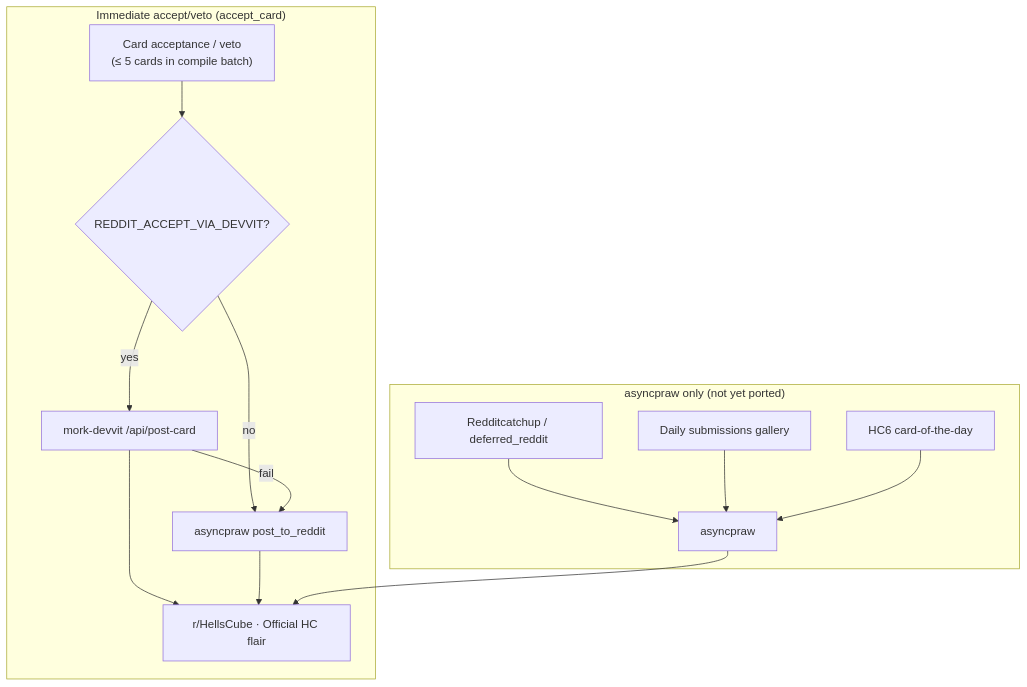
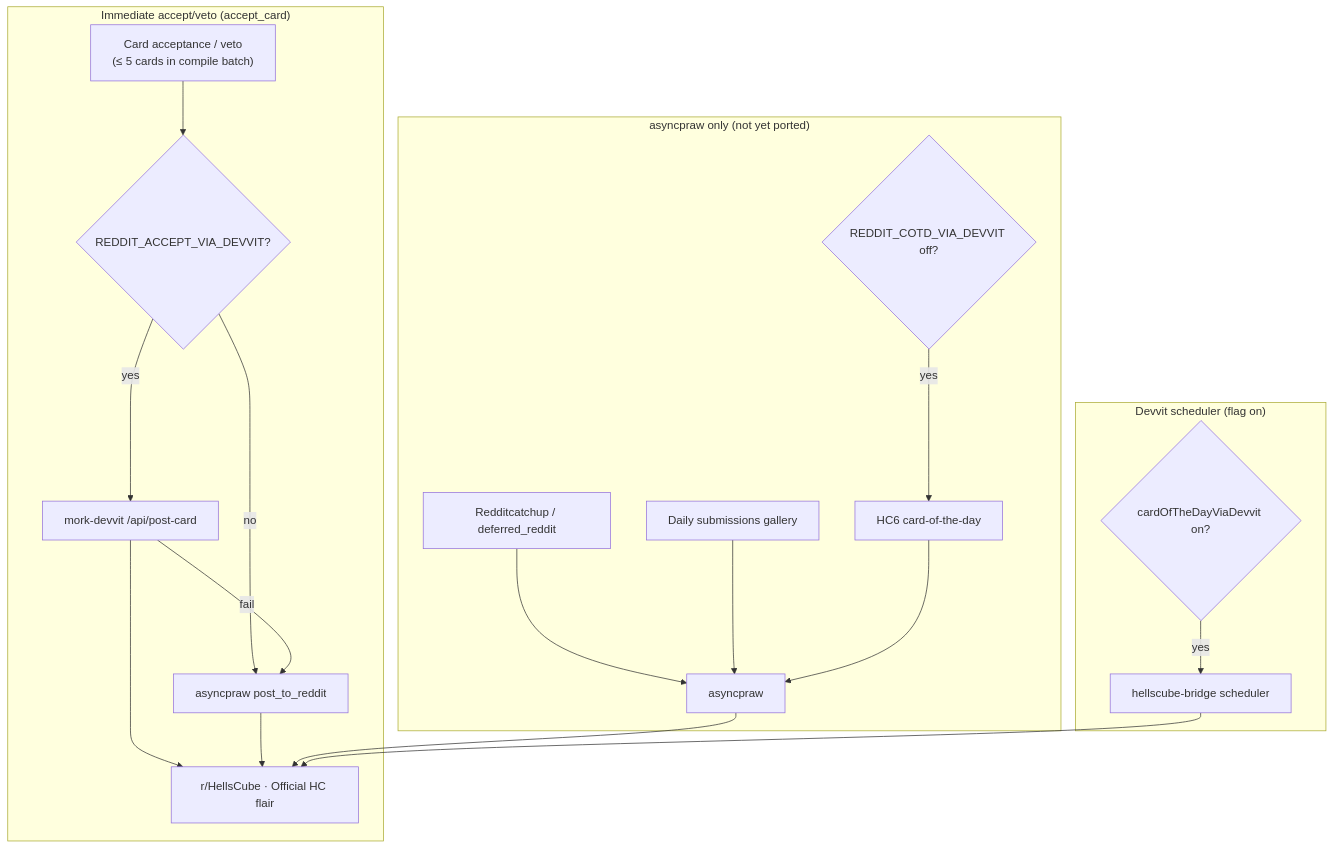
One commit to bones-bones/mork changed the third of 5 diagrams in docs/card-flows/background.md. Above: the diagram before and after it, drawn with Mermaid. The commit also changed other lines of this file and 20 other files, not shown here.

````diff
--- a/docs/card-flows/background.md
+++ b/docs/card-flows/background.md
@@ -59,18 +61,23 @@
 ```mermaid
 flowchart TD
   subgraph immediate["Immediate accept/veto (accept_card)"]
     ACC["Card acceptance / veto<br/>(≤ 5 cards in compile batch)"] --> FLAG{"REDDIT_ACCEPT_VIA_DEVVIT?"}
     FLAG -->|yes| DEV["mork-devvit /api/post-card"]
     FLAG -->|no| PRAW1["asyncpraw post_to_reddit"]
     DEV -->|fail| PRAW1
     DEV --> RED["r/HellsCube · Official HC flair"]
     PRAW1 --> RED
   end
 
   subgraph asyncpraw_only["asyncpraw only (not yet ported)"]
     RC["Redditcatchup / deferred_reddit"] --> PRAW2["asyncpraw"]
     GAL["Daily submissions gallery"] --> PRAW2
-    COTD["HC6 card-of-the-day"] --> PRAW2
+    COTD_FLAG{"REDDIT_COTD_VIA_DEVVIT off?"} -->|yes| COTD["HC6 card-of-the-day"] --> PRAW2
     PRAW2 --> RED
   end
+
+  subgraph devvit_scheduled["Devvit scheduler (flag on)"]
+    COTD_FLAG2{"cardOfTheDayViaDevvit on?"} -->|yes| DEV2["hellscube-bridge scheduler"]
+    DEV2 --> RED
+  end
 ```
````
